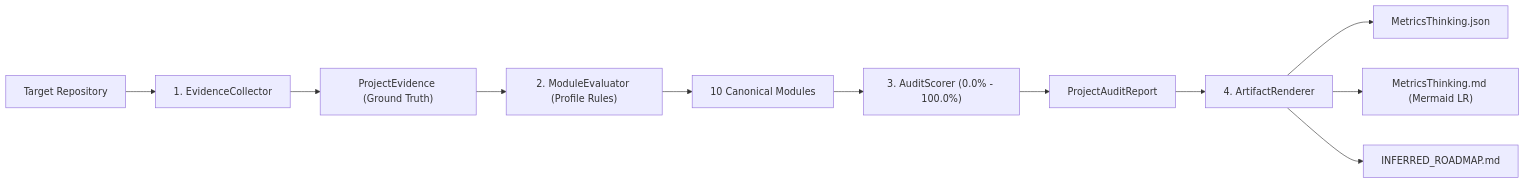
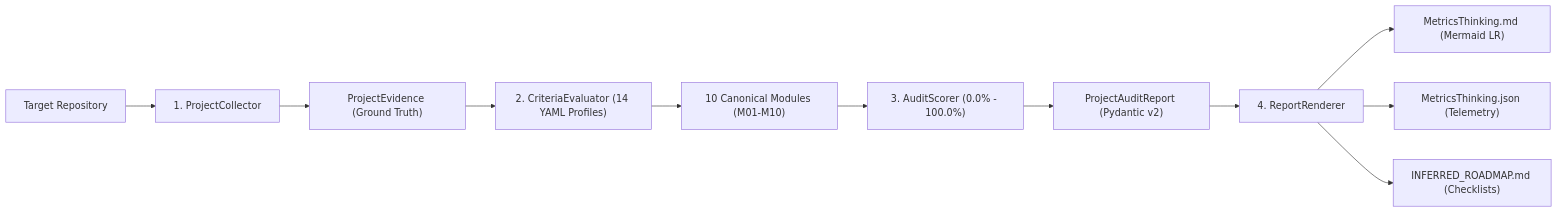
The diagram in 01_seed/seed-metricsthinking-master.md (AlvaroAlejandroFinOps/Metrics), drawn with Mermaid before and after one commit. The commit also changed other lines of this file and 24 other files, not shown here.

Commit message:
feat: initialize project context configuration and metrics artifacts for MetricsThinking

````diff
--- a/01_seed/seed-metricsthinking-master.md
+++ b/01_seed/seed-metricsthinking-master.md
@@ -104,13 +169,13 @@
 ```mermaid
 flowchart LR
-    TargetDir["Target Repository"] --> Collector["1. EvidenceCollector"]
-    Collector --> Evidence["ProjectEvidence (Ground Truth)"]
-    Evidence --> Evaluator["2. ModuleEvaluator (Profile Rules)"]
-    Evaluator --> Modules["10 Canonical Modules"]
-    Modules --> Scorer["3. AuditScorer (0.0% - 100.0%)"]
-    Scorer --> Report["ProjectAuditReport"]
-    Report --> Renderer["4. ArtifactRenderer"]
-    Renderer --> JsonArtifact["MetricsThinking.json"]
-    Renderer --> MdArtifact["MetricsThinking.md (Mermaid LR)"]
-    Renderer --> RoadmapArtifact["INFERRED_ROADMAP.md"]
+    Target["Target Repository"] --> Collect["1. ProjectCollector"]
+    Collect --> Evidence["ProjectEvidence (Ground Truth)"]
+    Evidence --> Eval["2. CriteriaEvaluator (14 YAML Profiles)"]
+    Eval --> Modules["10 Canonical Modules (M01-M10)"]
+    Modules --> Score["3. AuditScorer (0.0% - 100.0%)"]
+    Score --> Report["ProjectAuditReport (Pydantic v2)"]
+    Report --> Render["4. ReportRenderer"]
+    Render --> OutMD["MetricsThinking.md (Mermaid LR)"]
+    Render --> OutJSON["MetricsThinking.json (Telemetry)"]
+    Render --> OutRoad["INFERRED_ROADMAP.md (Checklists)"]
 ```
````
